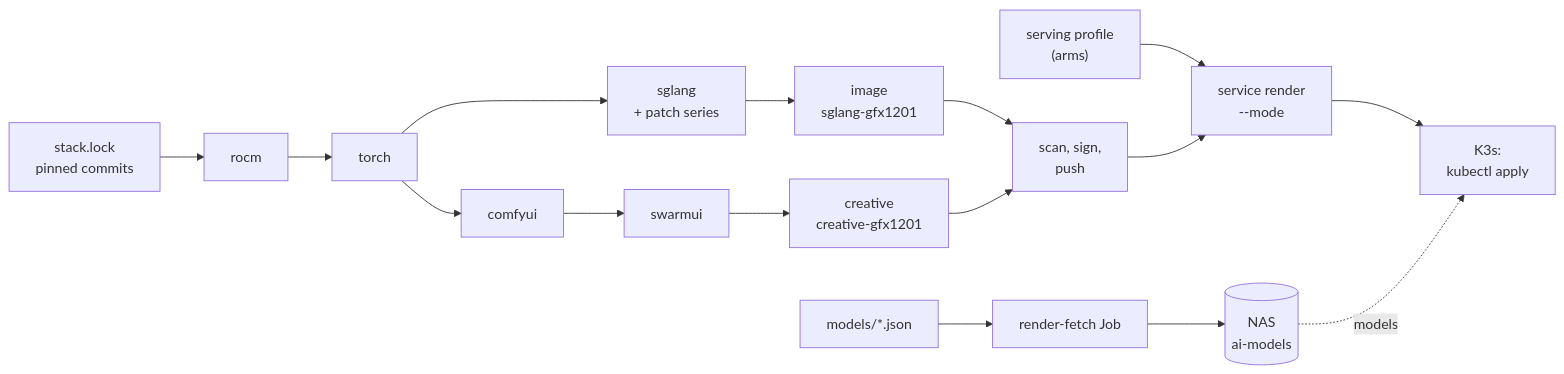
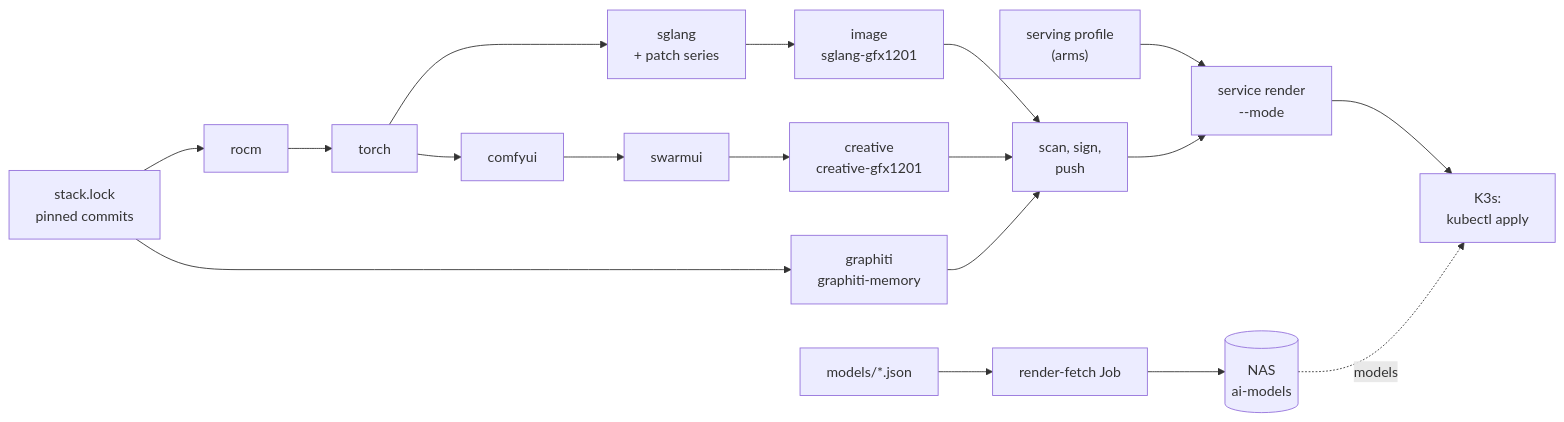
One commit to Drgr33nSenior/ArchLinuxThreadripper changed the diagram in infrastructure/ai-stack/README.md. Above: the diagram before and after it, drawn with Mermaid. The commit also changed other lines of this file and 11 other files, not shown here.

````diff
--- a/infrastructure/ai-stack/README.md
+++ b/infrastructure/ai-stack/README.md
@@ -16,12 +16,14 @@
 ```mermaid
 flowchart LR
   lock["stack.lock<br/>pinned commits"] --> rocm["rocm"] --> torch["torch"] --> sgl["sglang<br/>+ patch series"] --> img["image<br/>sglang-gfx1201"]
   torch --> comfy["comfyui"] --> swarm["swarmui"] --> creative["creative<br/>creative-gfx1201"]
+  lock --> graphiti["graphiti<br/>graphiti-memory"]
   img --> sign["scan, sign,<br/>push"]
   creative --> sign
+  graphiti --> sign
   cat["models/*.json"] --> fetch["render-fetch Job"] --> nas[("NAS<br/>ai-models")]
   profile["serving profile<br/>(arms)"] --> render["service render<br/>--mode"]
   sign --> render
   render --> k3s["K3s:<br/>kubectl apply"]
   nas -.->|"models"| k3s
 ```
````
